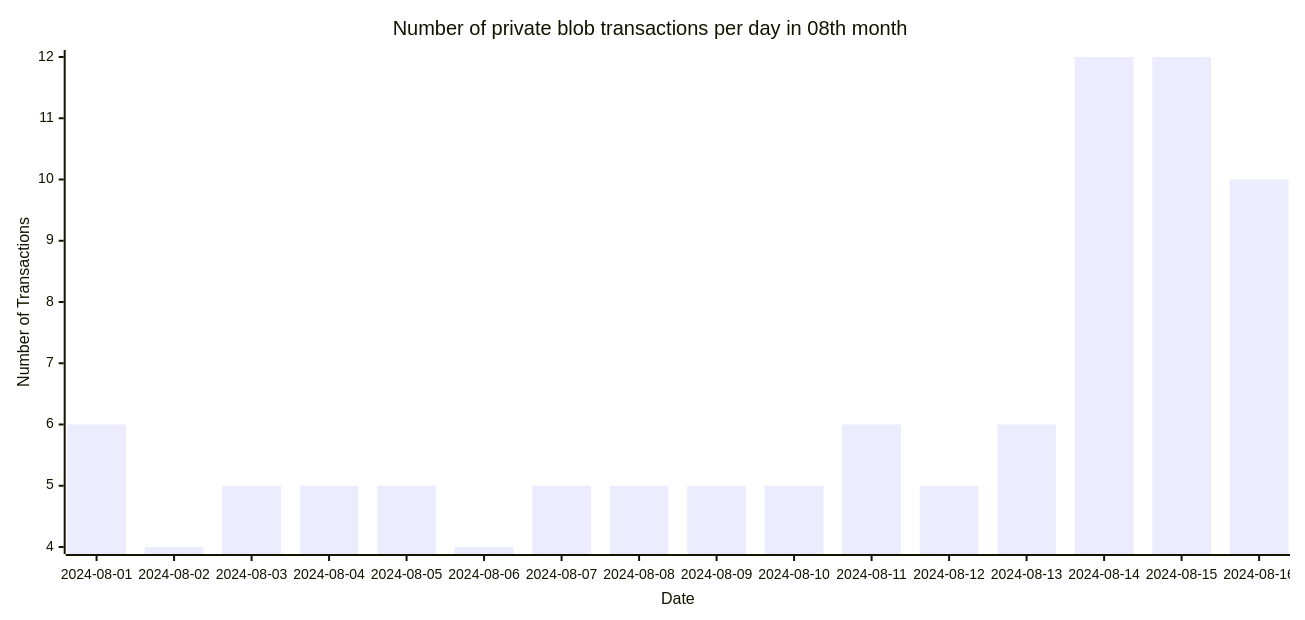
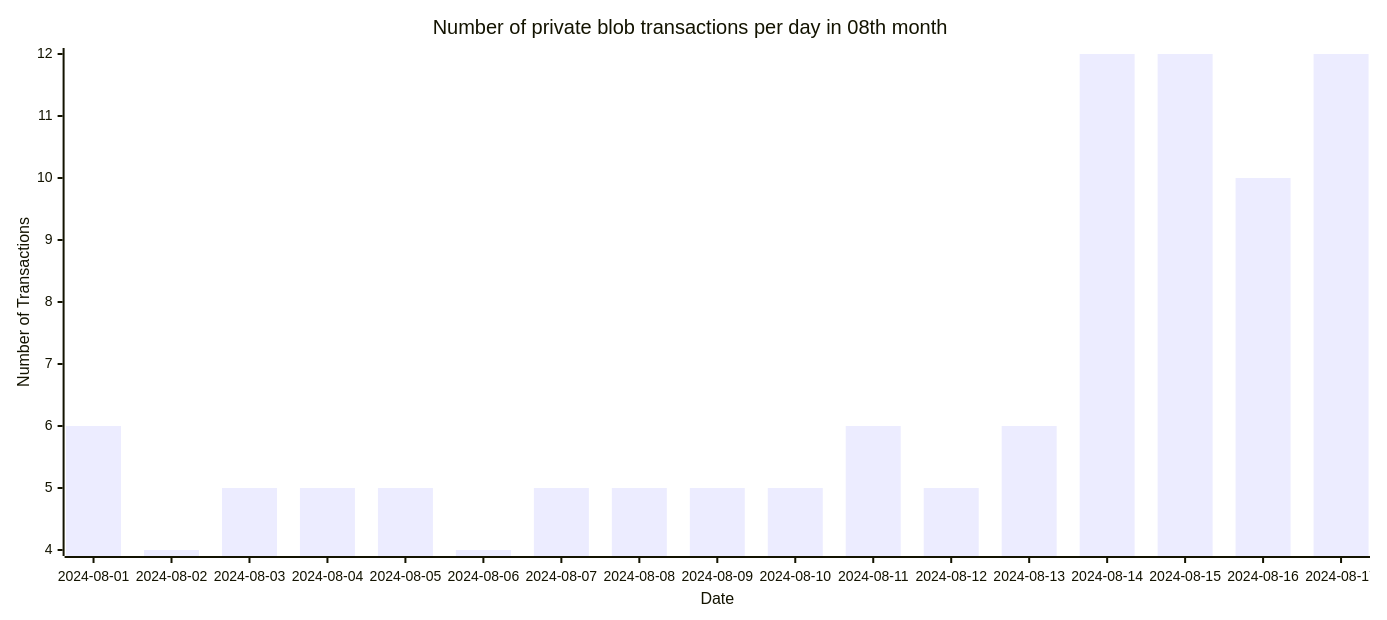
Before and after one commit to Amit0617/eip4844-data: the sixth of 6 diagrams in README.md, drawn with Mermaid. The commit also changed 1 other file, not shown here.

````diff
--- a/README.md
+++ b/README.md
@@ -66,12 +66,12 @@
 ```mermaid
 ---
 config:
     xyChart:
-        width: 1280
+        width: 1360
         height: 600
 ---
 xychart-beta title "Number of private blob transactions per day in 08th month"
-x-axis "Date" [2024-08-01,2024-08-02,2024-08-03,2024-08-04,2024-08-05,2024-08-06,2024-08-07,2024-08-08,2024-08-09,2024-08-10,2024-08-11,2024-08-12,2024-08-13,2024-08-14,2024-08-15,2024-08-16]
+x-axis "Date" [2024-08-01,2024-08-02,2024-08-03,2024-08-04,2024-08-05,2024-08-06,2024-08-07,2024-08-08,2024-08-09,2024-08-10,2024-08-11,2024-08-12,2024-08-13,2024-08-14,2024-08-15,2024-08-16,2024-08-17]
 y-axis "Number of Transactions"
-bar[6,4,5,5,5,4,5,5,5,5,6,5,6,12,12,10]
+bar[6,4,5,5,5,4,5,5,5,5,6,5,6,12,12,10,12]
 ```
````
